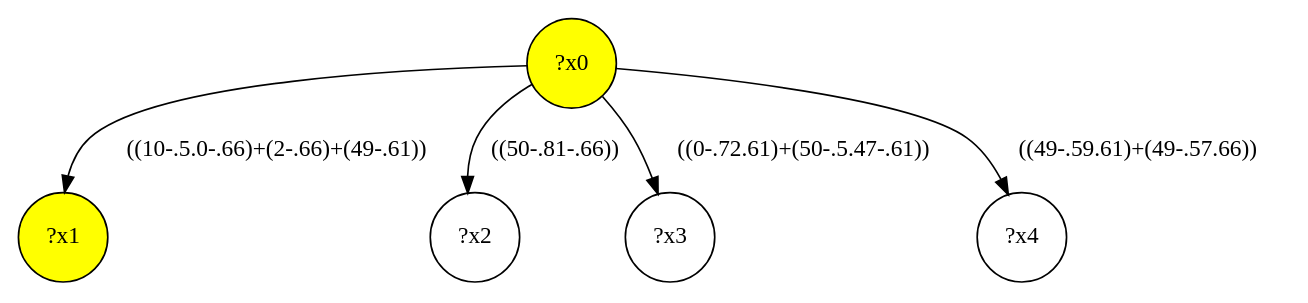
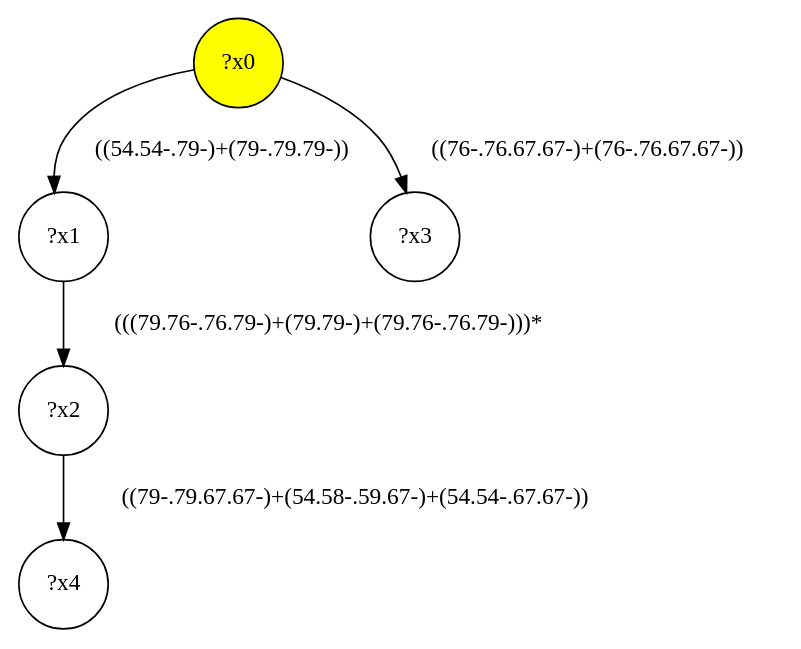
The diagram in lib/gmark/demo/shop/shop-interface/query-24.dot (MathieuGicquel/federated-benchmark), drawn with Graphviz before and after one commit. The commit also changed 354 other files, not shown here.

```diff
--- a/lib/gmark/demo/shop/shop-interface/query-24.dot
+++ b/lib/gmark/demo/shop/shop-interface/query-24.dot
@@ -1,11 +1,11 @@
 digraph g {
 	x0 [fillcolor="yellow", style="filled," shape=circle, label="?x0"];
-	x1 [fillcolor="yellow", style="filled," shape=circle, label="?x1"];
-	x0 -> x1 [label="((10-.5.0-.66)+(2-.66)+(49-.61))"];
+	x1 [shape=circle, label="?x1"];
+	x0 -> x1 [label="((54.54-.79-)+(79-.79.79-))"];
 	x2 [shape=circle, label="?x2"];
-	x0 -> x2 [label="((50-.81-.66))"];
+	x1 -> x2 [label="(((79.76-.76.79-)+(79.79-)+(79.76-.76.79-)))*"];
 	x3 [shape=circle, label="?x3"];
-	x0 -> x3 [label="((0-.72.61)+(50-.5.47-.61))"];
+	x0 -> x3 [label="((76-.76.67.67-)+(76-.76.67.67-))"];
 	x4 [shape=circle, label="?x4"];
-	x0 -> x4 [label="((49-.59.61)+(49-.57.66))"];
+	x2 -> x4 [label="((79-.79.67.67-)+(54.58-.59.67-)+(54.54-.67.67-))"];
 }
```
